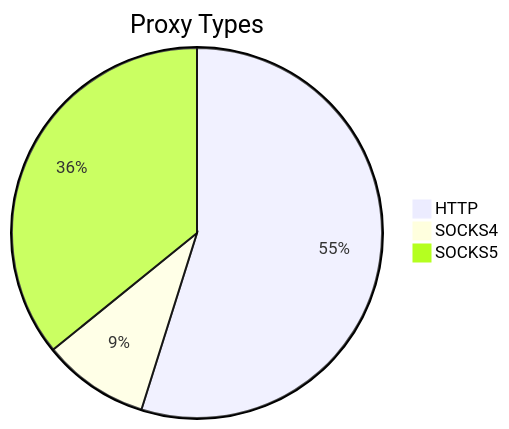
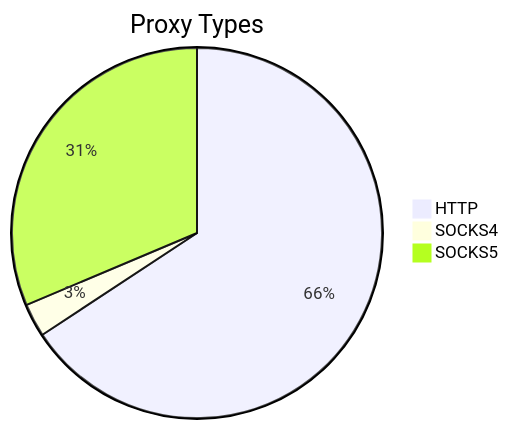
Before and after one commit to stormsia/proxy-list: the first of 2 diagrams in README.md, drawn with Mermaid. The commit also changed other lines of this file, not shown here.

````diff
--- a/README.md
+++ b/README.md
@@ -21,6 +21,6 @@
 ```mermaid
 pie title Proxy Types
-    "HTTP" : 678
-    "SOCKS4" : 115
-    "SOCKS5" : 443
+    "HTTP" : 587
+    "SOCKS4" : 26
+    "SOCKS5" : 280
 ```
````
